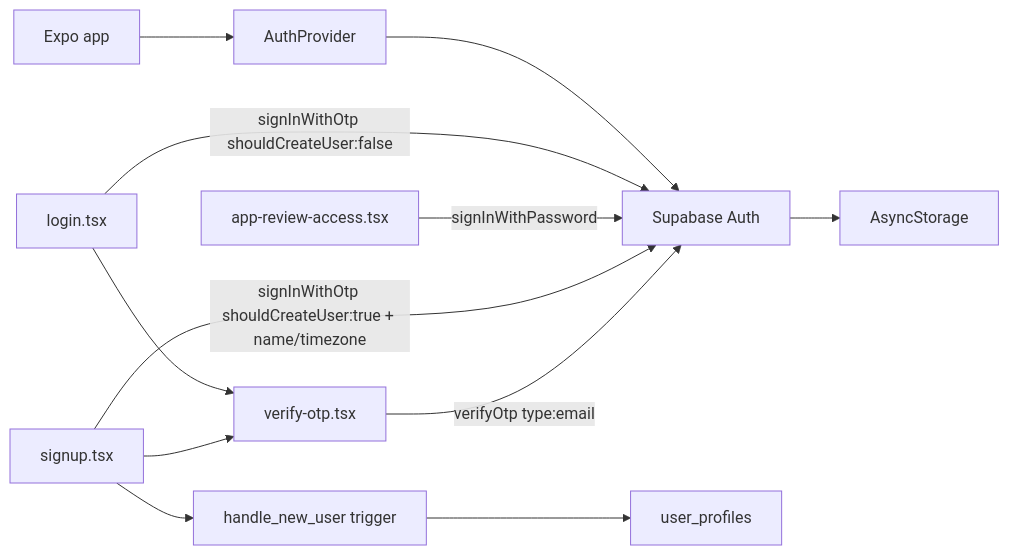
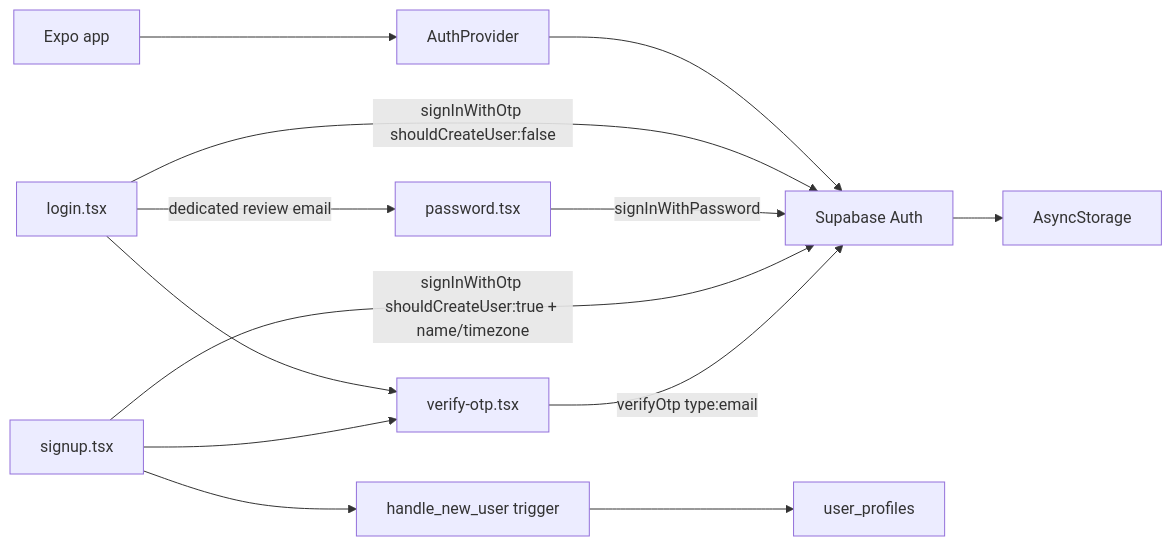
Before and after one commit to eduardoyi/newmomora: the diagram in docs/features/auth.md, drawn with Mermaid. The commit also changed other lines of this file and 30 other files, not shown here.

````diff
--- a/docs/features/auth.md
+++ b/docs/features/auth.md
@@ -21,14 +21,15 @@
 ```mermaid
 flowchart LR
     App[Expo app] --> AuthProvider
     AuthProvider --> SupabaseAuth[Supabase Auth]
     SupabaseAuth --> AsyncStorage
     Login[login.tsx] -- signInWithOtp shouldCreateUser:false --> SupabaseAuth
-    Review[app-review-access.tsx] -- signInWithPassword --> SupabaseAuth
+    Login -- dedicated review email --> Password[password.tsx]
+    Password -- signInWithPassword --> SupabaseAuth
     SignUp[signup.tsx] -- signInWithOtp shouldCreateUser:true + name/timezone --> SupabaseAuth
     Login --> VerifyOtp[verify-otp.tsx]
     SignUp --> VerifyOtp
     VerifyOtp -- verifyOtp type:email --> SupabaseAuth
     SignUp --> Trigger[handle_new_user trigger]
     Trigger --> Profiles[user_profiles]
 ```
````
